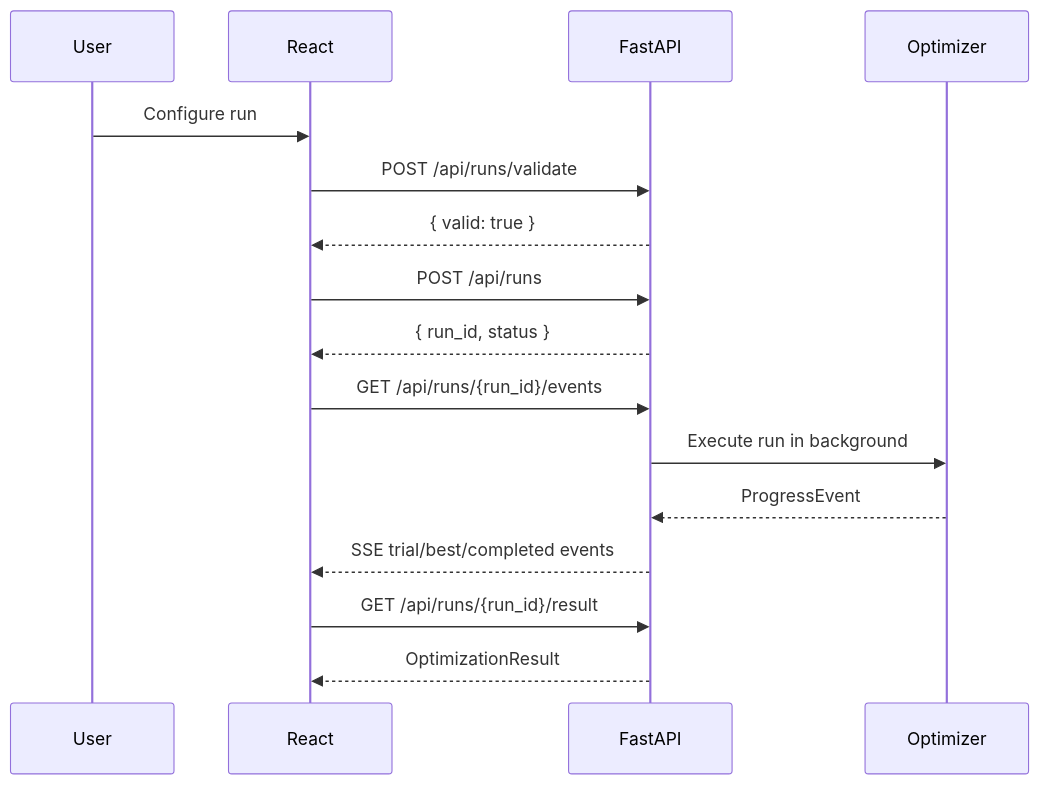
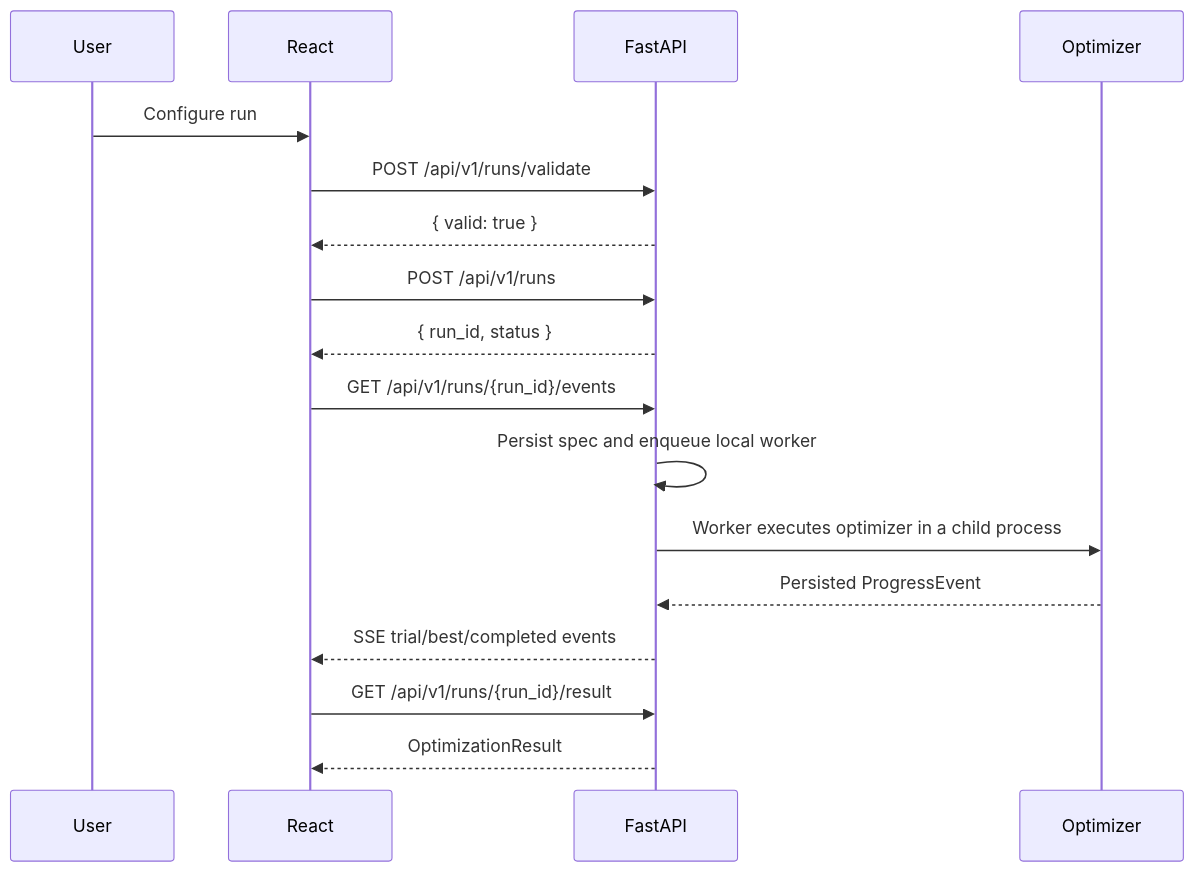
Before and after one commit to ayhaidar/pspso: the first of 3 diagrams in docs/dashboard/frontend-backend-link.md, drawn with Mermaid. The commit also changed other lines of this file and 178 other files, not shown here.

````diff
--- a/docs/dashboard/frontend-backend-link.md
+++ b/docs/dashboard/frontend-backend-link.md
@@ -24,19 +27,20 @@
 ```mermaid
 sequenceDiagram
     participant User
     participant React
     participant FastAPI
     participant Optimizer
 
     User->>React: Configure run
-    React->>FastAPI: POST /api/runs/validate
+    React->>FastAPI: POST /api/v1/runs/validate
     FastAPI-->>React: { valid: true }
-    React->>FastAPI: POST /api/runs
+    React->>FastAPI: POST /api/v1/runs
     FastAPI-->>React: { run_id, status }
-    React->>FastAPI: GET /api/runs/{run_id}/events
-    FastAPI->>Optimizer: Execute run in background
-    Optimizer-->>FastAPI: ProgressEvent
+    React->>FastAPI: GET /api/v1/runs/{run_id}/events
+    FastAPI->>FastAPI: Persist spec and enqueue local worker
+    FastAPI->>Optimizer: Worker executes optimizer in a child process
+    Optimizer-->>FastAPI: Persisted ProgressEvent
     FastAPI-->>React: SSE trial/best/completed events
-    React->>FastAPI: GET /api/runs/{run_id}/result
+    React->>FastAPI: GET /api/v1/runs/{run_id}/result
     FastAPI-->>React: OptimizationResult
 ```
````
